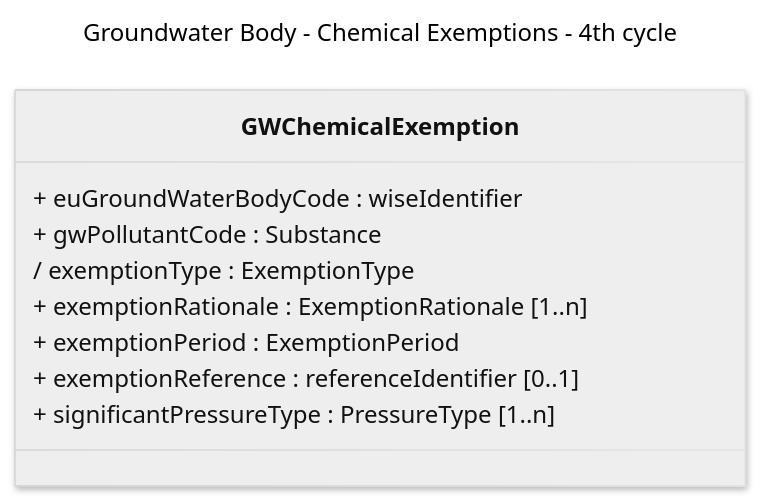
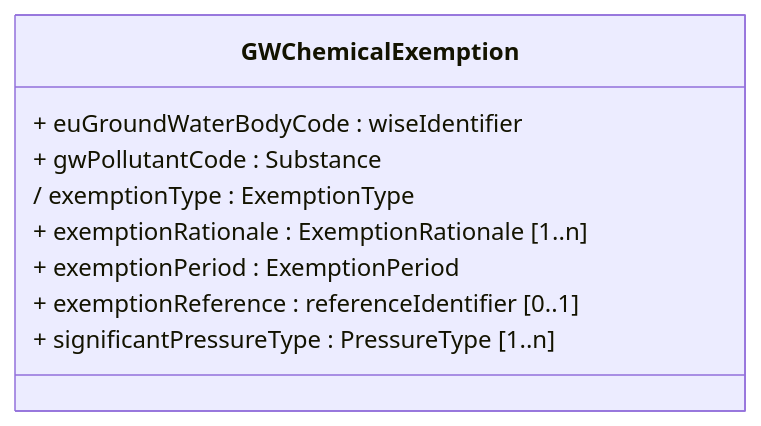
The sixth of 9 diagrams in docs/DataModelReview/WFDExemptions.md (eeadata/WISE.WFD.Documentation), drawn with Mermaid before and after one commit. The commit also changed other lines of this file and 7 other files, not shown here.

Commit message:
Proposed changes for the WFD Exemptions - now with the diagrams.

````diff
--- a/docs/DataModelReview/WFDExemptions.md
+++ b/docs/DataModelReview/WFDExemptions.md
@@ -298,21 +210,15 @@
 ```{mermaid}
----
-config:
-  class:
-    hideEmptyMembersBox: true
-  layout: dagre
-  theme: neutral
-  look: neo
-title: Groundwater Body - Chemical Exemptions - 4th cycle
----
+:name: GWChemicalExemptionClass
+:caption: Groundwater Body - Chemical Exemption - 4th cycle
+:align: center
 classDiagram
 class GWChemicalExemption{
 	+ euGroundWaterBodyCode : wiseIdentifier
 	+ gwPollutantCode : Substance
 	/ exemptionType : ExemptionType
 	+ exemptionRationale : ExemptionRationale [1..n]
 	+ exemptionPeriod : ExemptionPeriod
 	+ exemptionReference : referenceIdentifier [0..1]
 	+ significantPressureType : PressureType [1..n]
 }
 ```
````
